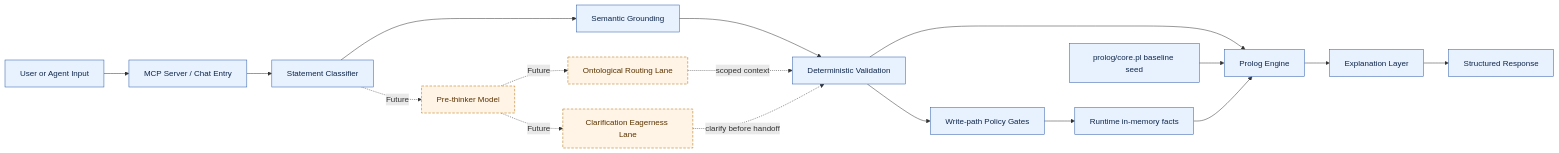
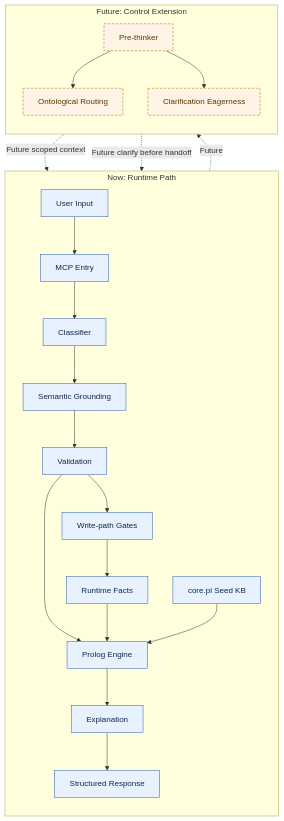
One commit to dr3d/prolog-reasoning-v2 changed the diagram in architecture.md. Above: the diagram before and after it, drawn with Mermaid. The commit also changed 10 other files, not shown here.

Commit message:
sync docs and architecture; add docs consistency check; update sessions

````diff
--- a/architecture.md
+++ b/architecture.md
@@ -25,27 +25,34 @@
 ```mermaid
-flowchart LR
-  U[User or Agent Input] --> MCP[MCP Server / Chat Entry]
-  MCP --> C[Statement Classifier]
-  C --> S[Semantic Grounding]
-  S --> V[Deterministic Validation]
-  V --> E[Prolog Engine]
-  E --> X[Explanation Layer]
-  X --> O[Structured Response]
+flowchart TB
+  subgraph MAIN[Now: Runtime Path]
+    direction TB
+    U[User Input] --> MCP[MCP Entry]
+    MCP --> C[Classifier]
+    C --> S[Semantic Grounding]
+    S --> V[Validation]
+    V --> E[Prolog Engine]
+    E --> X[Explanation]
+    X --> O[Structured Response]
 
-  K[prolog/core.pl baseline seed] --> E
-  R[Runtime in-memory facts] --> E
+    V --> WP[Write-path Gates]
+    WP --> R[Runtime Facts]
+    R --> E
+    K[core.pl Seed KB] --> E
+  end
 
-  C -. Future .-> PT[Pre-thinker Model]
-  PT -. Future .-> OR[Ontological Routing Lane]
-  PT -. Future .-> CE[Clarification Eagerness Lane]
-  OR -. scoped context .-> V
-  CE -. clarify before handoff .-> V
+  subgraph FUTURE[Future: Control Extension]
+    direction TB
+    PT[Pre-thinker]
+    PT --> OR[Ontological Routing]
+    PT --> CE[Clarification Eagerness]
+  end
 
-  V --> WP[Write-path Policy Gates]
-  WP --> R
+  C -. Future .-> PT
+  OR -. Future scoped context .-> V
+  CE -. Future clarify before handoff .-> V
 
   classDef now fill:#e8f2ff,stroke:#2a5aa8,stroke-width:1px,color:#0f264a;
   classDef future fill:#fff4e5,stroke:#b26a00,stroke-dasharray: 5 3,color:#5a3300;
   class U,MCP,C,S,V,E,X,O,K,R,WP now;
   class PT,OR,CE future;
 ```
````
